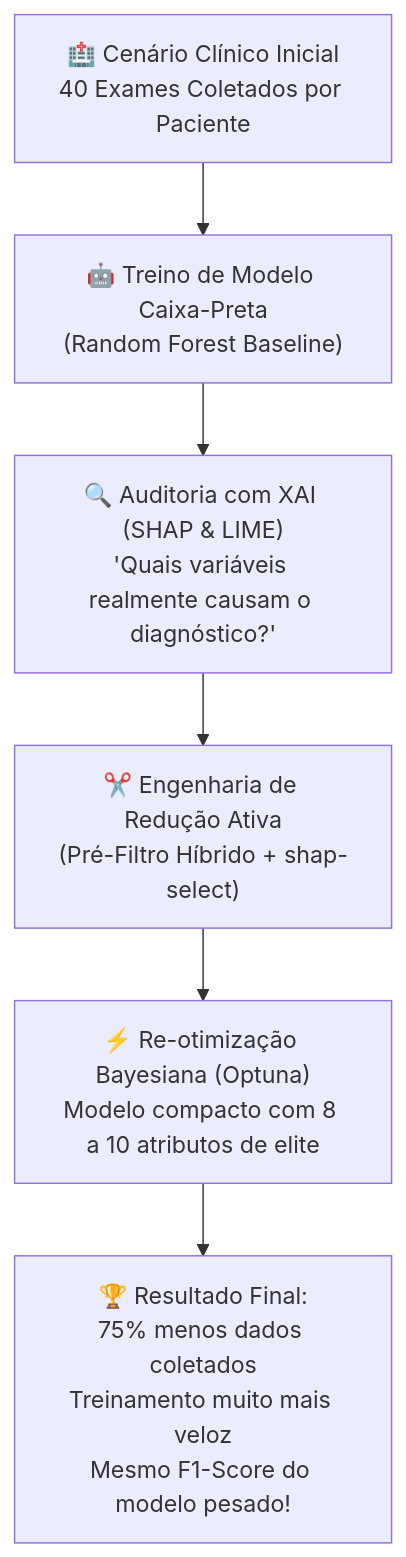
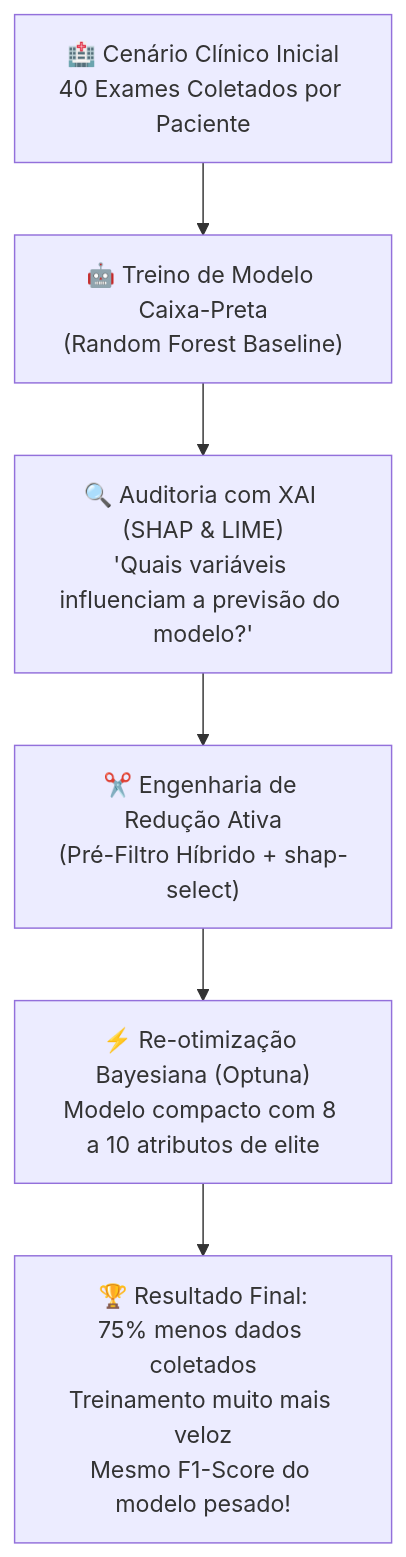
One commit to EduardoLazaroo/xai_data_reduction changed the diagram in camadas_estudo/00_visao_geral_do_projeto.md. Above: the diagram before and after it, drawn with Mermaid. The commit also changed other lines of this file and 40 other files, not shown here.

````diff
--- a/camadas_estudo/00_visao_geral_do_projeto.md
+++ b/camadas_estudo/00_visao_geral_do_projeto.md
@@ -48,8 +48,8 @@
 ```mermaid
 graph TD
     A["🏥 Cenário Clínico Inicial<br/>40 Exames Coletados por Paciente"] --> B["🤖 Treino de Modelo Caixa-Preta<br/>(Random Forest Baseline)"]
-    B --> C["🔍 Auditoria com XAI (SHAP & LIME)<br/>'Quais variáveis realmente causam o diagnóstico?'"]
+    B --> C["🔍 Auditoria com XAI (SHAP & LIME)<br/>'Quais variáveis influenciam a previsão do modelo?'"]
     C --> D["✂️ Engenharia de Redução Ativa<br/>(Pré-Filtro Híbrido + shap-select)"]
     D --> E["⚡ Re-otimização Bayesiana (Optuna)<br/>Modelo compacto com 8 a 10 atributos de elite"]
     E --> F["🏆 Resultado Final:<br/>75% menos dados coletados<br/>Treinamento muito mais veloz<br/>Mesmo F1-Score do modelo pesado!"]
 ```
````
